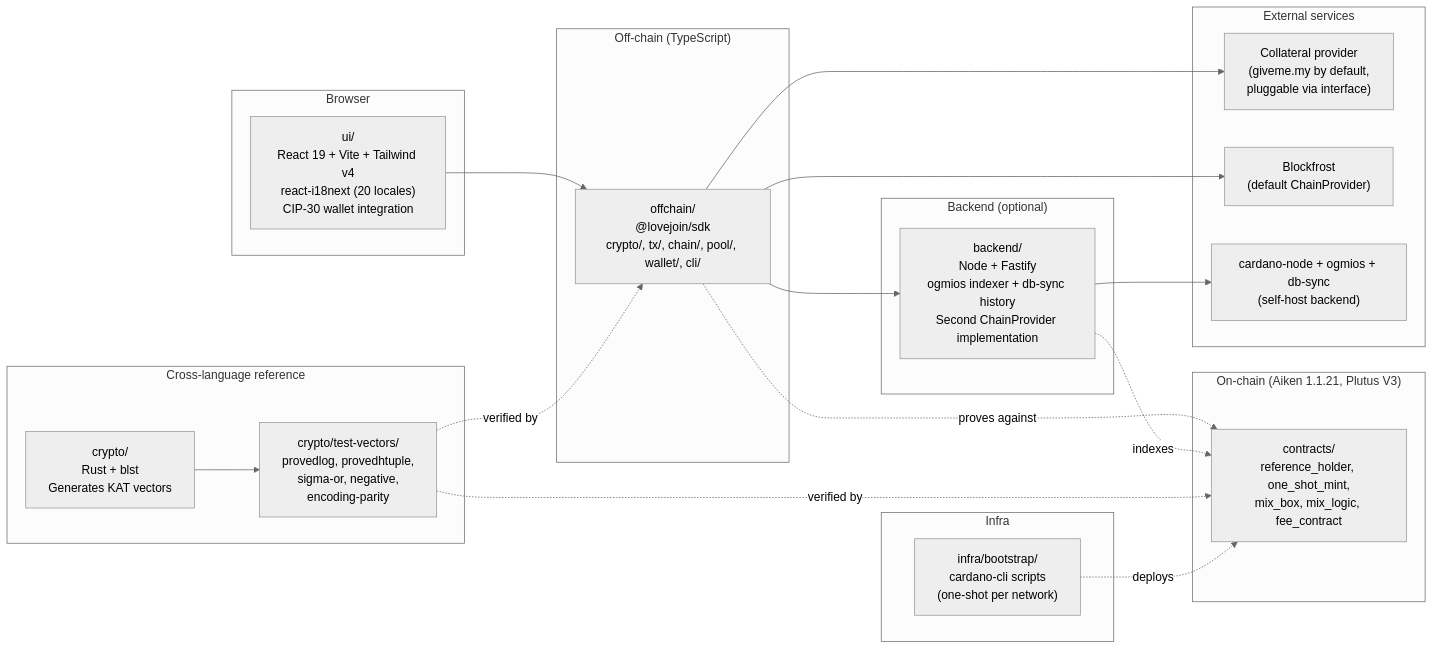
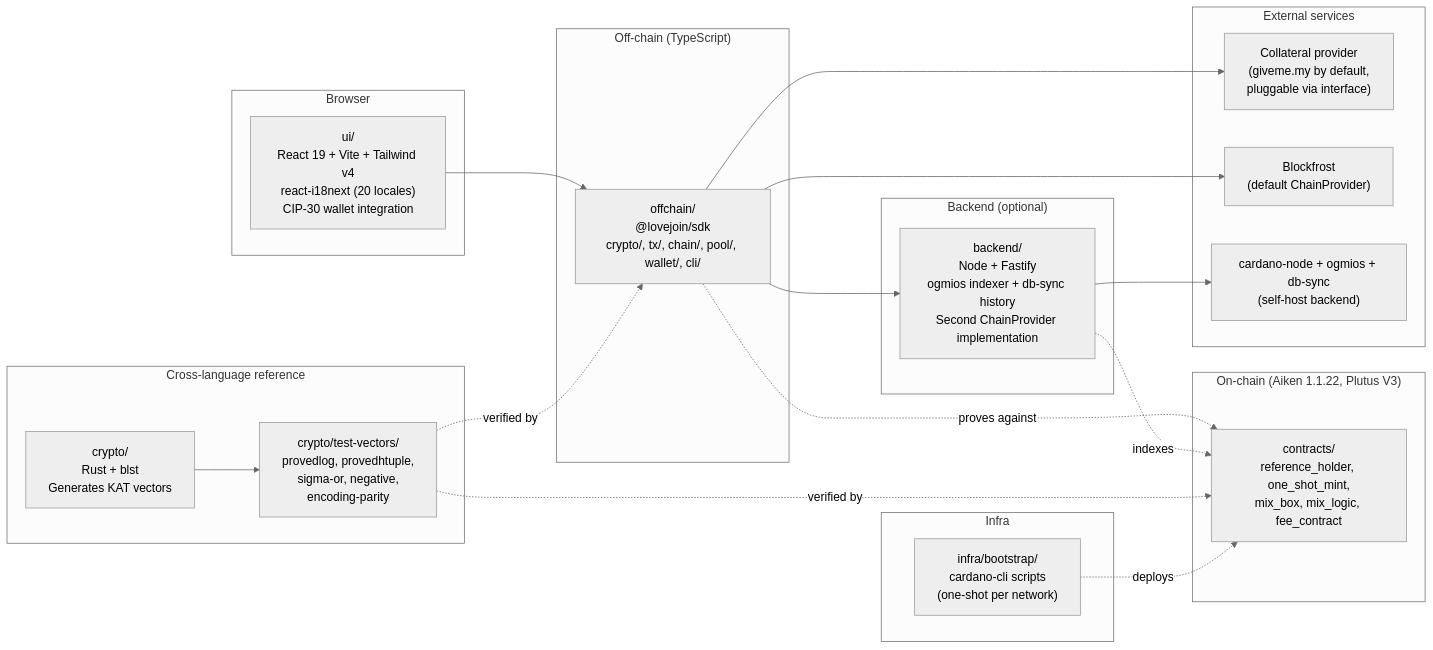
One commit to logical-mechanism/Lovejoin changed the third of 3 diagrams in ARCHITECTURE.md. Above: the diagram before and after it, drawn with Mermaid (neutral theme). The commit also changed other lines of this file and 25 other files, not shown here.

````diff
--- a/ARCHITECTURE.md
+++ b/ARCHITECTURE.md
@@ -62,45 +62,45 @@
 ```mermaid
 flowchart LR
     subgraph browser["Browser"]
         UI["ui/<br/>React 19 + Vite + Tailwind v4<br/>react-i18next (20 locales)<br/>CIP-30 wallet integration"]
     end
 
     subgraph offchain["Off-chain (TypeScript)"]
         SDK["offchain/<br/>@lovejoin/sdk<br/>crypto/, tx/, chain/, pool/, wallet/, cli/"]
     end
 
     subgraph backend["Backend (optional)"]
         BE["backend/<br/>Node + Fastify<br/>ogmios indexer + db-sync history<br/>Second ChainProvider implementation"]
     end
 
-    subgraph onchain["On-chain (Aiken 1.1.21, Plutus V3)"]
+    subgraph onchain["On-chain (Aiken 1.1.22, Plutus V3)"]
         VAL["contracts/<br/>reference_holder, one_shot_mint,<br/>mix_box, mix_logic, fee_contract"]
     end
 
     subgraph external["External services"]
         CP["Collateral provider<br/>(giveme.my by default,<br/>pluggable via interface)"]
         BF["Blockfrost<br/>(default ChainProvider)"]
         CN["cardano-node + ogmios + db-sync<br/>(self-host backend)"]
     end
 
     subgraph reference["Cross-language reference"]
         RUST["crypto/<br/>Rust + blst<br/>Generates KAT vectors"]
         VEC["crypto/test-vectors/<br/>provedlog, provedhtuple,<br/>sigma-or, negative,<br/>encoding-parity"]
     end
 
     subgraph infra["Infra"]
         BOOT["infra/bootstrap/<br/>cardano-cli scripts<br/>(one-shot per network)"]
     end
 
     UI --> SDK
     SDK --> BE
     SDK --> BF
     SDK --> CP
     BE --> CN
     SDK -.proves against.-> VAL
     BE -.indexes.-> VAL
     RUST --> VEC
     VEC -.verified by.-> SDK
     VEC -.verified by.-> VAL
     BOOT -.deploys.-> VAL
 ```
````
